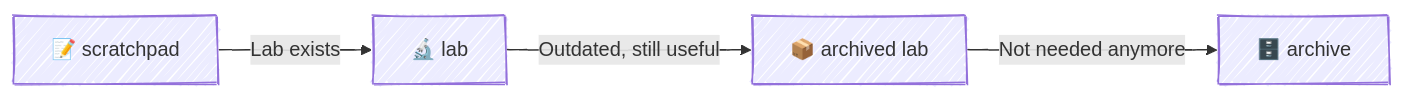
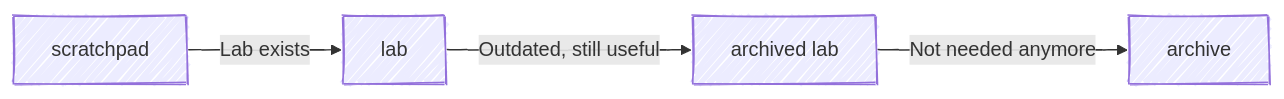
The diagram in docs/repo-conventions.md (avcaliani/avcaliani), drawn with Mermaid before and after one commit. The commit also changed other lines of this file and 1 other file, not shown here.

Commit message:
docs: mention projects in readme, lighter gif, drop diagram emojis

````diff
--- a/docs/repo-conventions.md
+++ b/docs/repo-conventions.md
@@ -36,10 +36,10 @@
 ```mermaid
 ---
 config:
   look: handDrawn
 ---
 flowchart LR
-    S["📝 scratchpad"] -->|"Lab exists"| L["🔬 lab"]
-    L -->|"Outdated, still useful"| A["📦 archived lab"]
-    A -->|"Not needed anymore"| R["🗄️ archive"]
+    S["scratchpad"] -->|"Lab exists"| L["lab"]
+    L -->|"Outdated, still useful"| A["archived lab"]
+    A -->|"Not needed anymore"| R["archive"]
 ```
````
